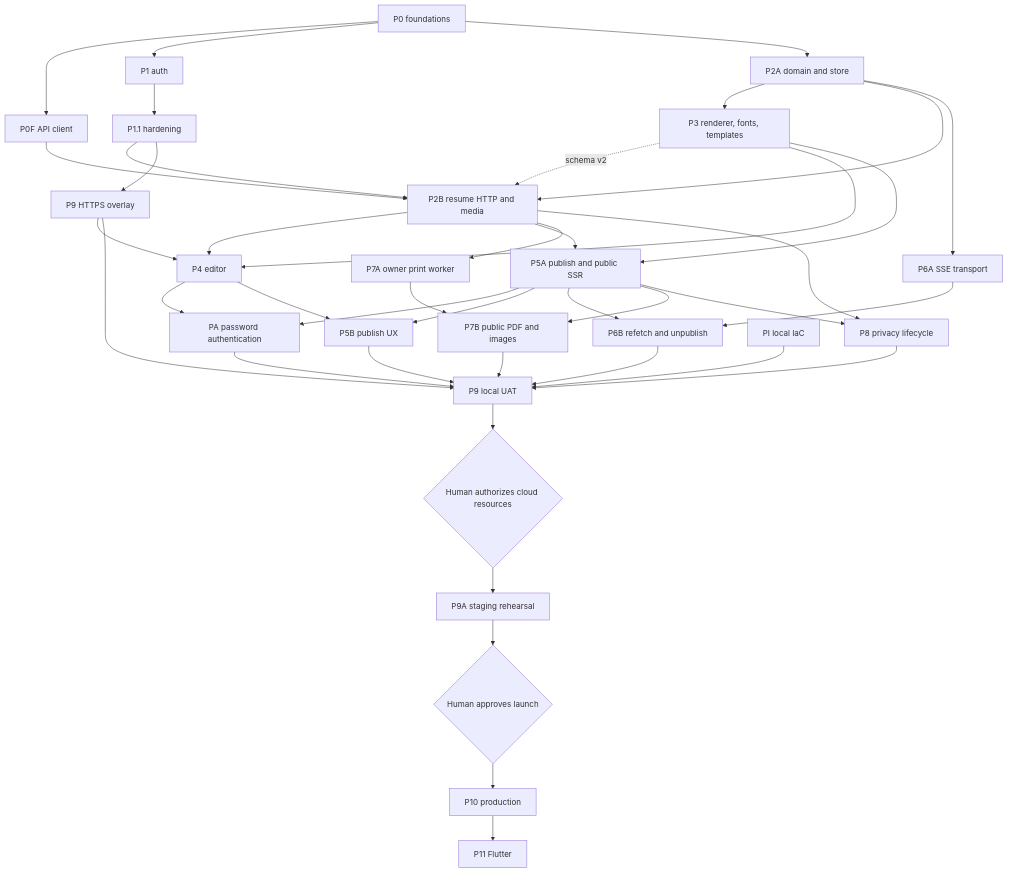
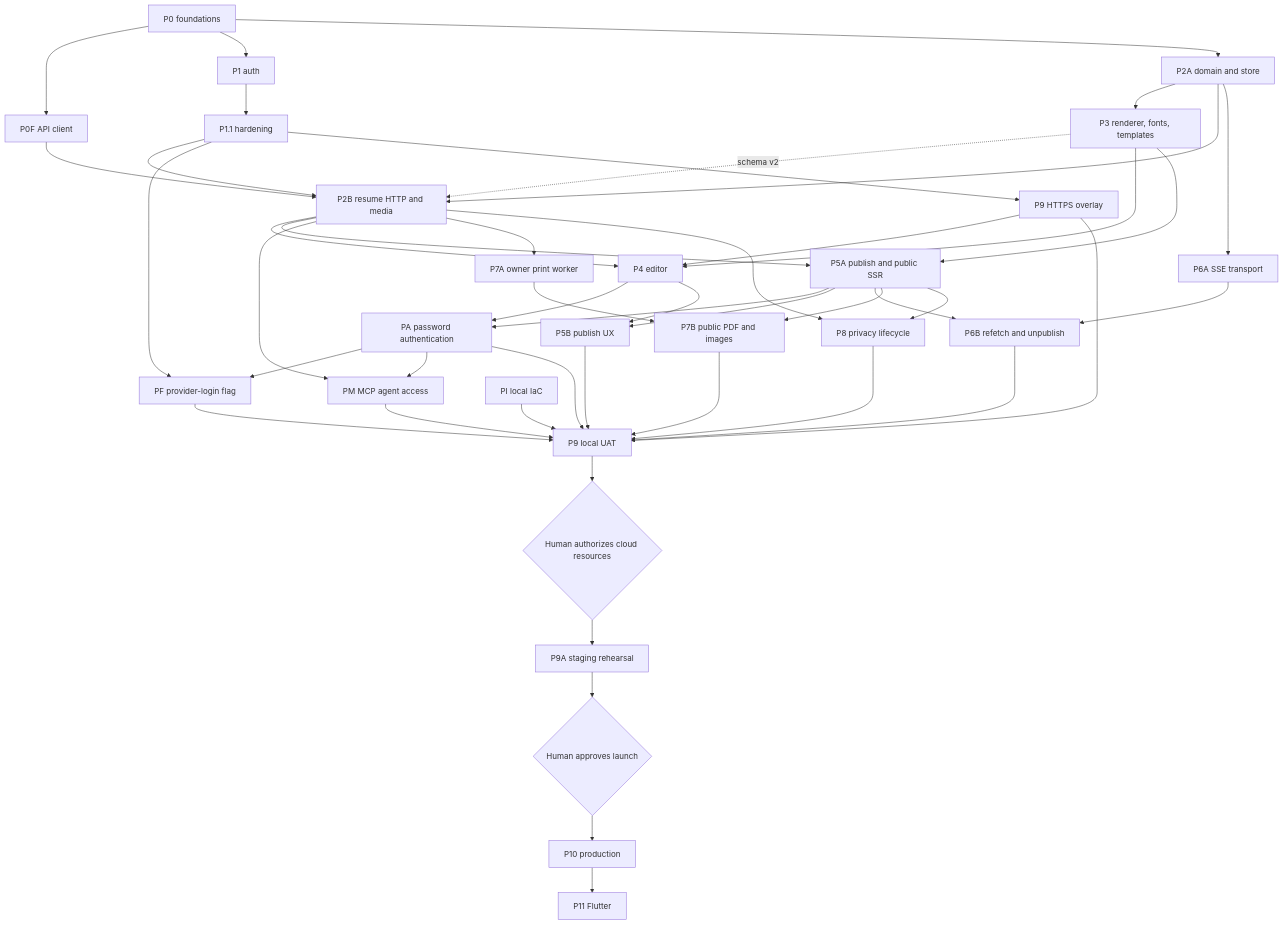
One commit to dannyota/aboutme changed the diagram in docs/plans/implementation-plan.md. Above: the diagram before and after it, drawn with Mermaid. The commit also changed other lines of this file, not shown here.

````diff
--- a/docs/plans/implementation-plan.md
+++ b/docs/plans/implementation-plan.md
@@ -90,42 +112,48 @@
 ```mermaid
 graph TD
     P0[P0 foundations] --> P0F[P0F API client]
     P0 --> P1[P1 auth]
     P1 --> P11[P1.1 hardening]
     P0 --> P2A[P2A domain and store]
     P2A --> P3[P3 renderer, fonts, templates]
     P2A --> P2B[P2B resume HTTP and media]
     P0F --> P2B
     P11 --> P2B
     P3 -. schema v2 .-> P2B
     P2B --> P4[P4 editor]
     P3 --> P4
     P9H --> P4
     P2B --> P5A[P5A publish and public SSR]
     P3 --> P5A
     P4 --> PA[PA password authentication]
     P5A --> PA
+    P11 --> PF[PF provider-login flag]
+    PA --> PF
+    P2B --> PM[PM MCP agent access]
+    PA --> PM
     P4 --> P5B[P5B publish UX]
     P5A --> P5B
     P2A --> P6A[P6A SSE transport]
     P5A --> P6B[P6B refetch and unpublish]
     P6A --> P6B
     P2B --> P7A[P7A owner print worker]
     P5A --> P7B[P7B public PDF and images]
     P7A --> P7B
     P2B --> P8P[P8 privacy lifecycle]
     P5A --> P8P
     P11 --> P9H[P9 HTTPS overlay]
     P5B --> P9[P9 local UAT]
     P6B --> P9
     P7B --> P9
     P8P --> P9
     PA --> P9
+    PF --> P9
+    PM --> P9
     P9H --> P9
     PI[PI local IaC] --> P9
     P9 --> AUTH{Human authorizes cloud resources}
     AUTH --> P9A[P9A staging rehearsal]
     P9A --> LAUNCH{Human approves launch}
     LAUNCH --> P10[P10 production]
     P10 --> P11M[P11 Flutter]
 ```
````
